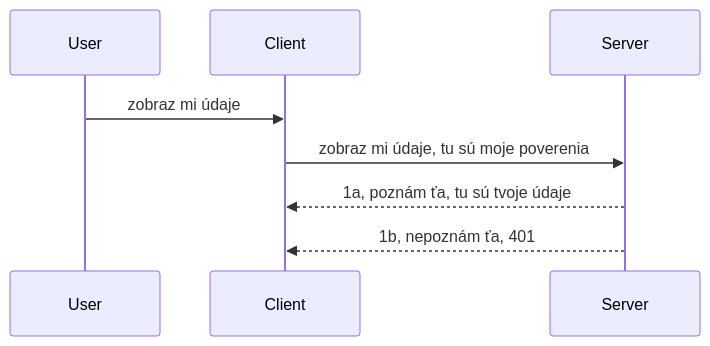
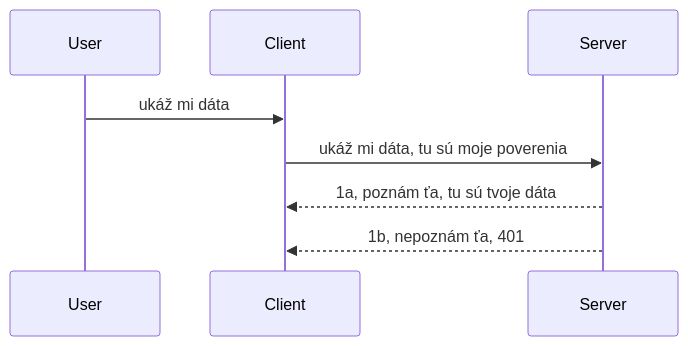
The diagram in mcp_ecosystem__model_context_protocol/mcp_learning_resources/mcp-for-beginners/translations/sk/03-GettingStarted/11-simple-auth/README.md (HIDORAKAI002/ai-workspace-archive), drawn with Mermaid before and after one commit. The commit also changed other lines of this file and 1046 other files, not shown here.

````diff
--- a/mcp_ecosystem__model_context_protocol/mcp_learning_resources/mcp-for-beginners/translations/sk/03-GettingStarted/11-simple-auth/README.md
+++ b/mcp_ecosystem__model_context_protocol/mcp_learning_resources/mcp-for-beginners/translations/sk/03-GettingStarted/11-simple-auth/README.md
@@ -24,11 +24,11 @@
 ```mermaid
 sequenceDiagram
    participant User
    participant Client
    participant Server
 
-   User->>Client: zobraz mi údaje
-   Client->>Server: zobraz mi údaje, tu sú moje poverenia
-   Server-->>Client: 1a, poznám ťa, tu sú tvoje údaje
+   User->>Client: ukáž mi dáta
+   Client->>Server: ukáž mi dáta, tu sú moje poverenia
+   Server-->>Client: 1a, poznám ťa, tu sú tvoje dáta
    Server-->>Client: 1b, nepoznám ťa, 401 
 ```
````
